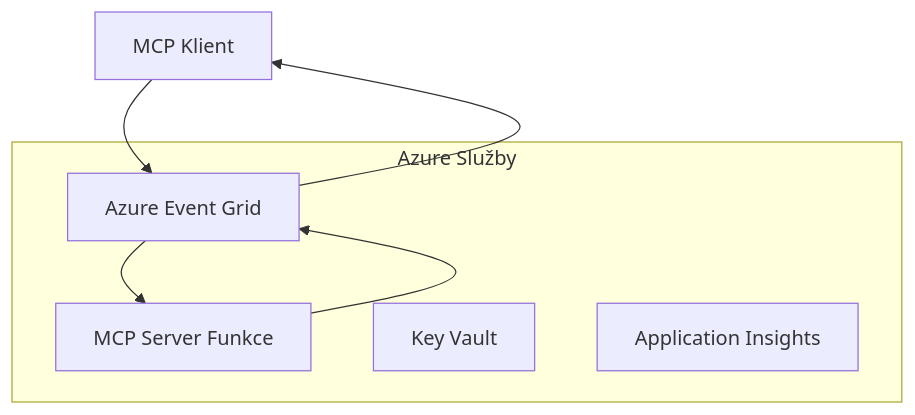
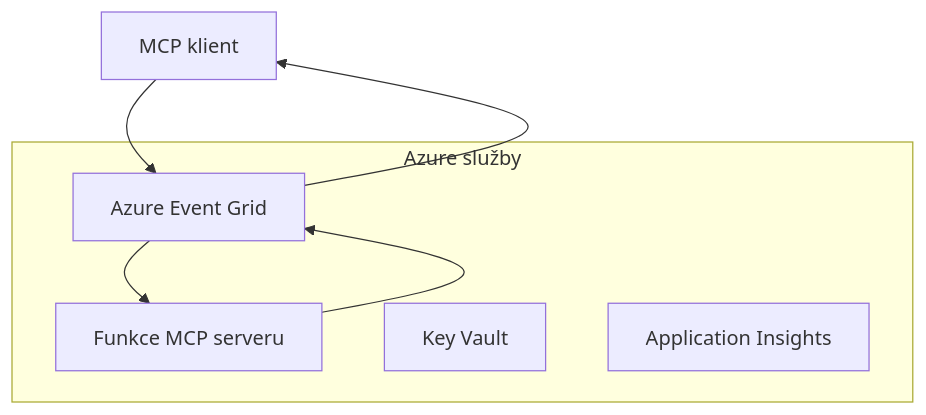
Before and after one commit to HIDORAKAI002/ai-workspace-archive: the first of 2 diagrams in mcp_ecosystem__model_context_protocol/mcp_learning_resources/mcp-for-beginners/translations/cs/05-AdvancedTopics/mcp-transport/README.md, drawn with Mermaid. The commit also changed other lines of this file and 1046 other files, not shown here.

````diff
--- a/mcp_ecosystem__model_context_protocol/mcp_learning_resources/mcp-for-beginners/translations/cs/05-AdvancedTopics/mcp-transport/README.md
+++ b/mcp_ecosystem__model_context_protocol/mcp_learning_resources/mcp-for-beginners/translations/cs/05-AdvancedTopics/mcp-transport/README.md
@@ -58,14 +60,14 @@
 ```mermaid
 graph TB
-    Client[MCP Klient] --> EG[Azure Event Grid]
-    EG --> Server[MCP Server Funkce]
+    Client[MCP klient] --> EG[Azure Event Grid]
+    EG --> Server[Funkce MCP serveru]
     Server --> EG
     EG --> Client
     
-    subgraph "Azure Služby"
+    subgraph "Azure služby"
         EG
         Server
         KV[Key Vault]
         Monitor[Application Insights]
     end
 ```
````
